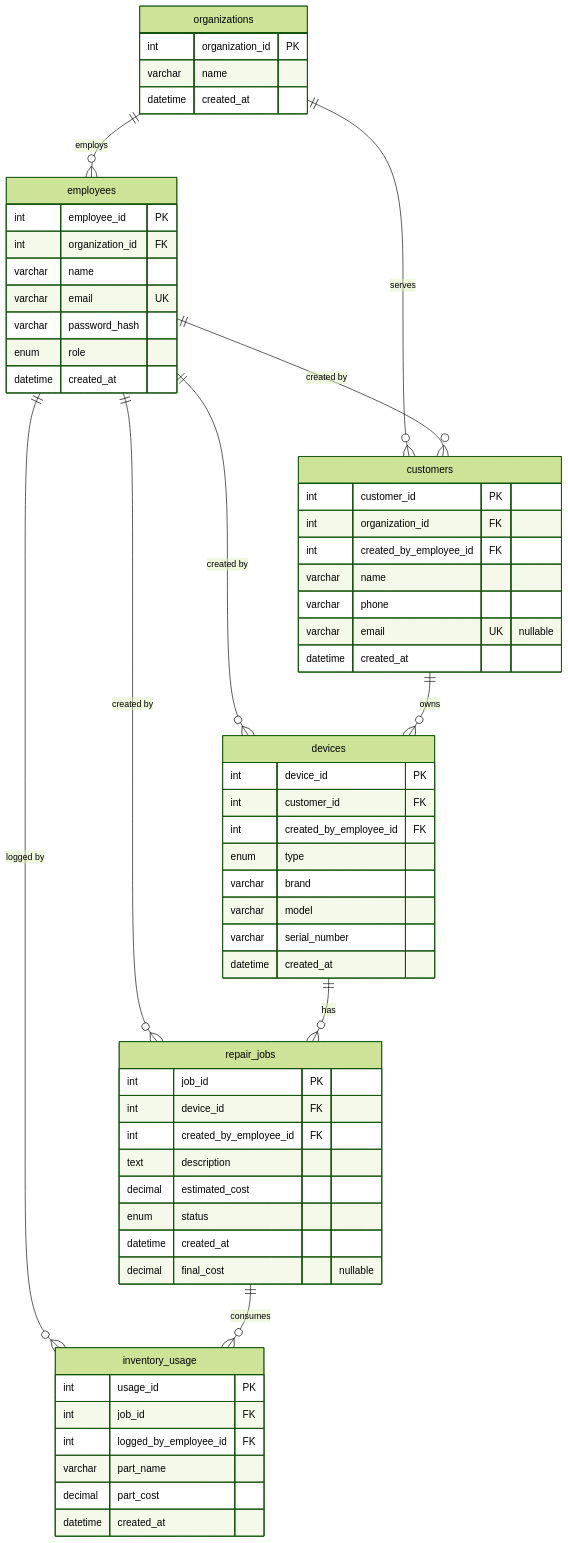
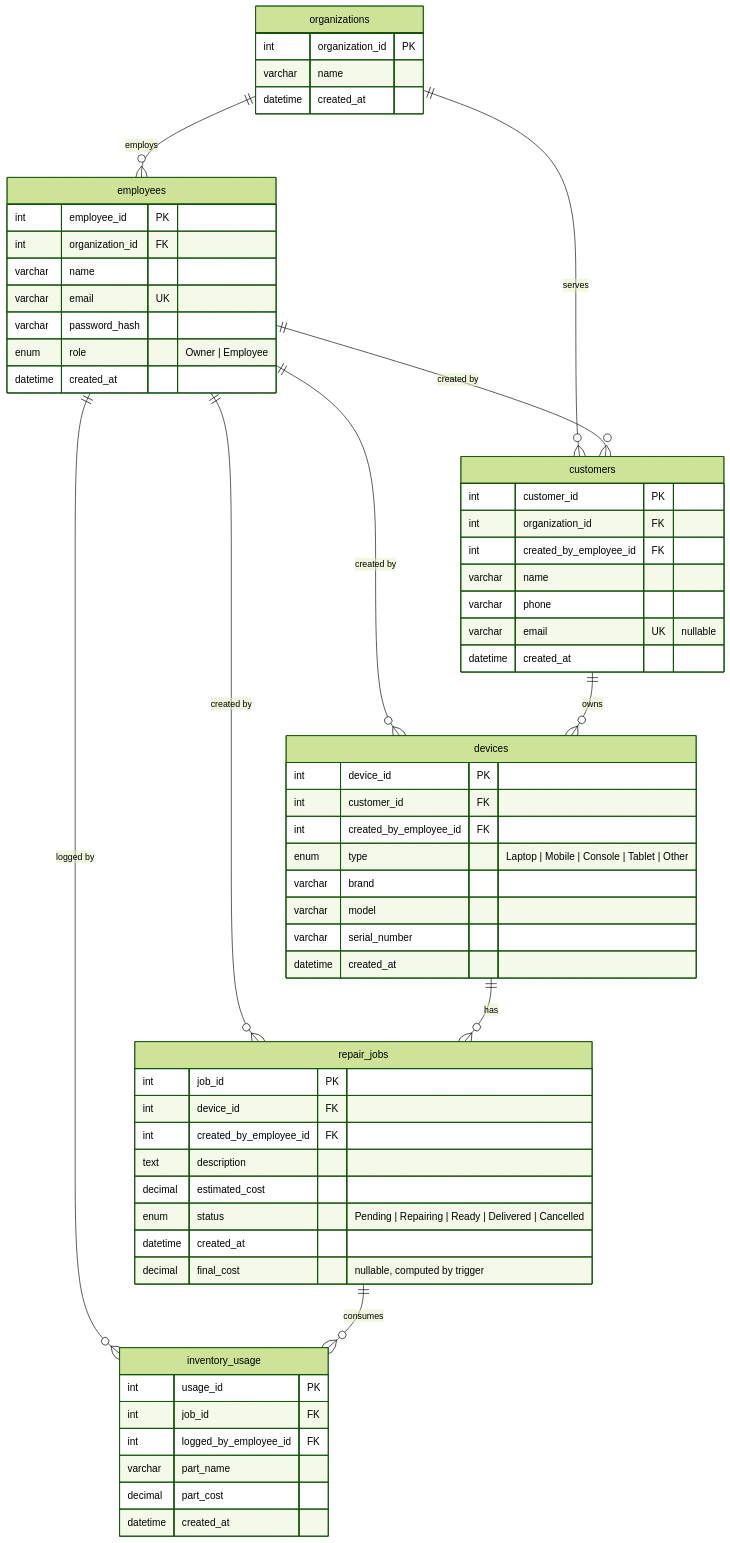
Before and after one commit to AlphaBeast97/DBMS-Flutter-Porject: the first of 4 diagrams in database/DATABASE_DOCUMENTATION.md, drawn with Mermaid (forest theme). The commit also changed other lines of this file and 41 other files, not shown here.

````diff
--- a/database/DATABASE_DOCUMENTATION.md
+++ b/database/DATABASE_DOCUMENTATION.md
@@ -51,69 +104,69 @@
 ```mermaid
 erDiagram
     organizations ||--o{ employees : employs
     organizations ||--o{ customers : serves
     employees ||--o{ customers : "created by"
     employees ||--o{ devices : "created by"
     employees ||--o{ repair_jobs : "created by"
     employees ||--o{ inventory_usage : "logged by"
     customers ||--o{ devices : owns
     devices ||--o{ repair_jobs : has
     repair_jobs ||--o{ inventory_usage : consumes
 
     organizations {
         int organization_id PK
         varchar name
         datetime created_at
     }
 
     employees {
         int employee_id PK
         int organization_id FK
         varchar name
         varchar email UK
         varchar password_hash
-        enum role
+        enum role "Owner | Employee"
         datetime created_at
     }
 
     customers {
         int customer_id PK
         int organization_id FK
         int created_by_employee_id FK
         varchar name
         varchar phone
         varchar email UK "nullable"
         datetime created_at
     }
 
     devices {
         int device_id PK
         int customer_id FK
         int created_by_employee_id FK
-        enum type
+        enum type "Laptop | Mobile | Console | Tablet | Other"
         varchar brand
         varchar model
         varchar serial_number
         datetime created_at
     }
 
     repair_jobs {
         int job_id PK
         int device_id FK
         int created_by_employee_id FK
         text description
         decimal estimated_cost
-        enum status
+        enum status "Pending | Repairing | Ready | Delivered | Cancelled"
         datetime created_at
-        decimal final_cost "nullable"
+        decimal final_cost "nullable, computed by trigger"
     }
 
     inventory_usage {
         int usage_id PK
         int job_id FK
         int logged_by_employee_id FK
         varchar part_name
         decimal part_cost
         datetime created_at
     }
 ```
````
